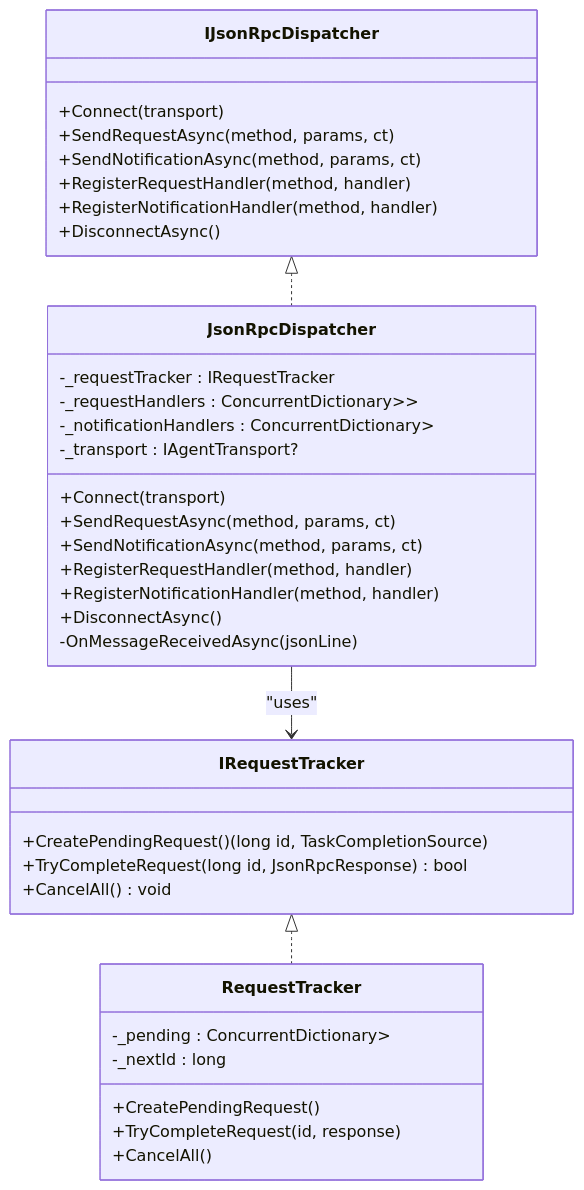
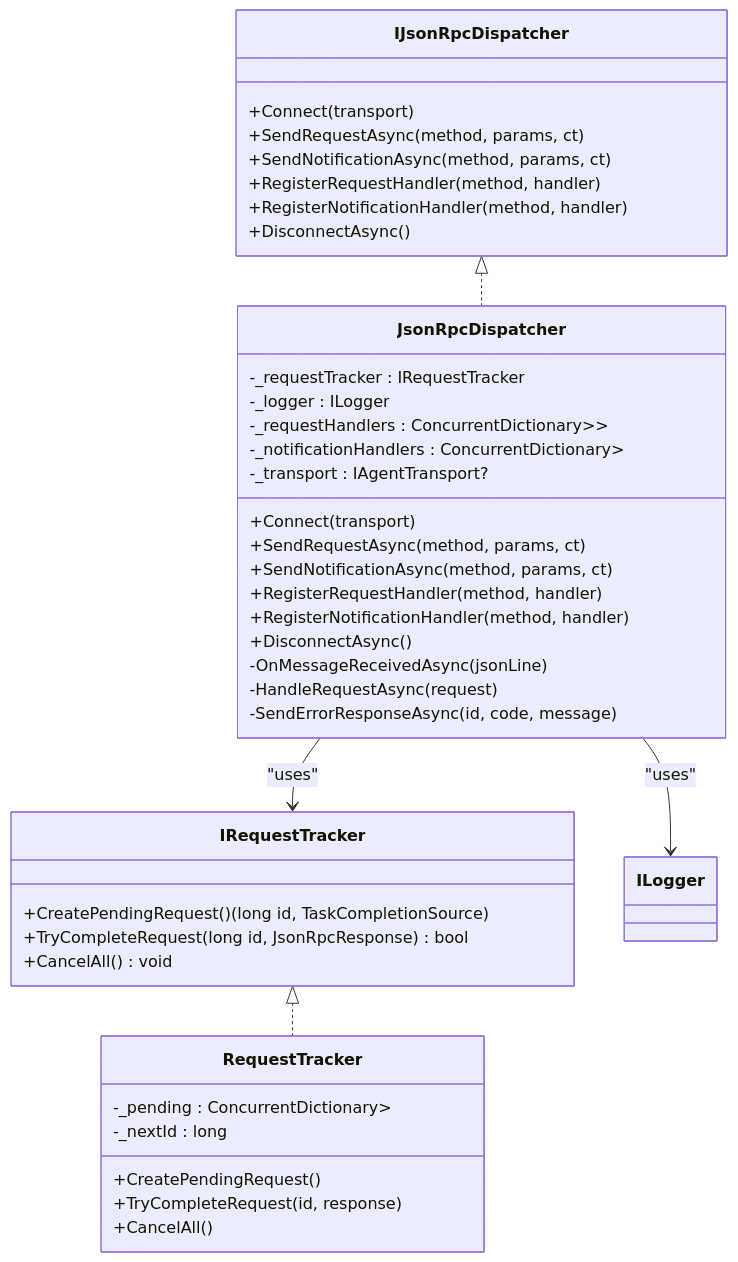
The third of 7 diagrams in .qoder/repowiki/en/content/Protocol Handling.md (AgenticDesktop/ACPLibrary), drawn with Mermaid before and after one commit. The commit also changed other lines of this file and 59 other files, not shown here.

````diff
--- a/.qoder/repowiki/en/content/Protocol Handling.md
+++ b/.qoder/repowiki/en/content/Protocol Handling.md
@@ -174,39 +197,43 @@
 ```mermaid
 classDiagram
 class IJsonRpcDispatcher {
 +Connect(transport)
 +SendRequestAsync(method, params, ct)
 +SendNotificationAsync(method, params, ct)
 +RegisterRequestHandler(method, handler)
 +RegisterNotificationHandler(method, handler)
 +DisconnectAsync()
 }
 class JsonRpcDispatcher {
 -_requestTracker : IRequestTracker
+-_logger : ILogger<JsonRpcDispatcher>
 -_requestHandlers : ConcurrentDictionary<string, Func<JsonRpcRequest, Task<JsonRpcResponse>>>
 -_notificationHandlers : ConcurrentDictionary<string, Func<JsonRpcNotification, Task>>
 -_transport : IAgentTransport?
 +Connect(transport)
 +SendRequestAsync(method, params, ct)
 +SendNotificationAsync(method, params, ct)
 +RegisterRequestHandler(method, handler)
 +RegisterNotificationHandler(method, handler)
 +DisconnectAsync()
 -OnMessageReceivedAsync(jsonLine)
+-HandleRequestAsync(request)
+-SendErrorResponseAsync(id, code, message)
 }
 class IRequestTracker {
 +CreatePendingRequest() (long id, TaskCompletionSource<JsonRpcResponse>)
 +TryCompleteRequest(long id, JsonRpcResponse) bool
 +CancelAll() void
 }
 class RequestTracker {
 -_pending : ConcurrentDictionary<long, TaskCompletionSource<JsonRpcResponse>>
 -_nextId : long
 +CreatePendingRequest()
 +TryCompleteRequest(id, response)
 +CancelAll()
 }
 IJsonRpcDispatcher <|.. JsonRpcDispatcher
 IRequestTracker <|.. RequestTracker
 JsonRpcDispatcher --> IRequestTracker : "uses"
+JsonRpcDispatcher --> ILogger : "uses"
 ```
````
